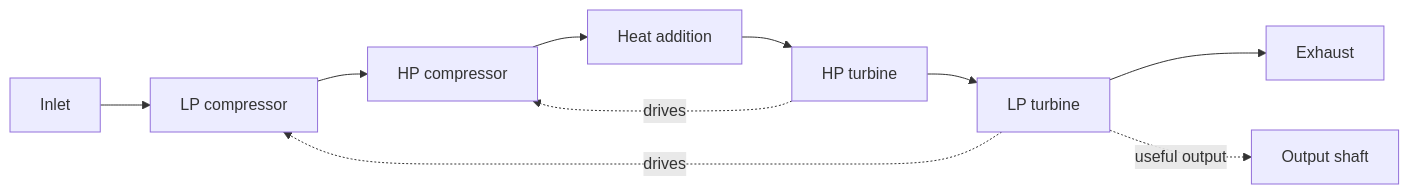
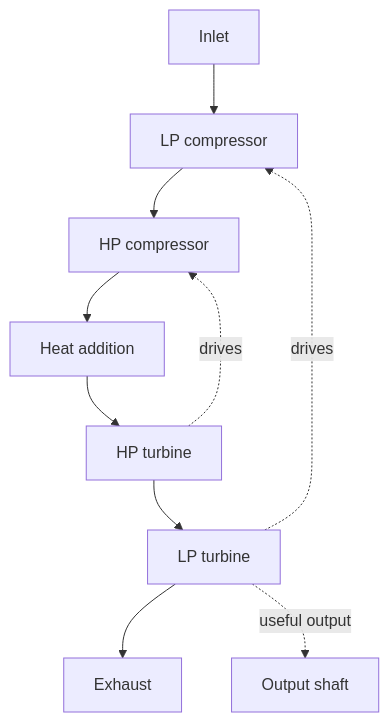
The first of 3 diagrams in docs/worked_examples/two-shaft-gas-turbine.md (aviation-impact-accelerator/bilt), drawn with Mermaid before and after one commit. The commit also changed other lines of this file and 3 other files, not shown here.

````diff
--- a/docs/worked_examples/two-shaft-gas-turbine.md
+++ b/docs/worked_examples/two-shaft-gas-turbine.md
@@ -14,13 +14,13 @@
 ```mermaid
-flowchart LR
+flowchart TD
     inlet["Inlet"] --> lpc["LP compressor"]
     lpc --> hpc["HP compressor"]
     hpc --> heat["Heat addition"]
     heat --> hpt["HP turbine"]
     hpt --> lpt["LP turbine"]
     lpt --> exhaust["Exhaust"]
 
     hpt -. "drives" .-> hpc
     lpt -. "drives" .-> lpc
     lpt -. "useful output" .-> output["Output shaft"]
 ```
````
